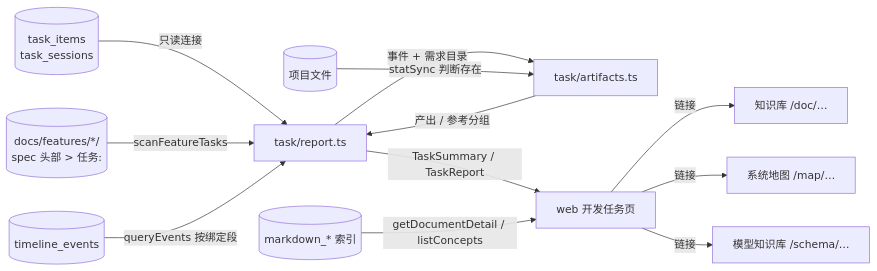
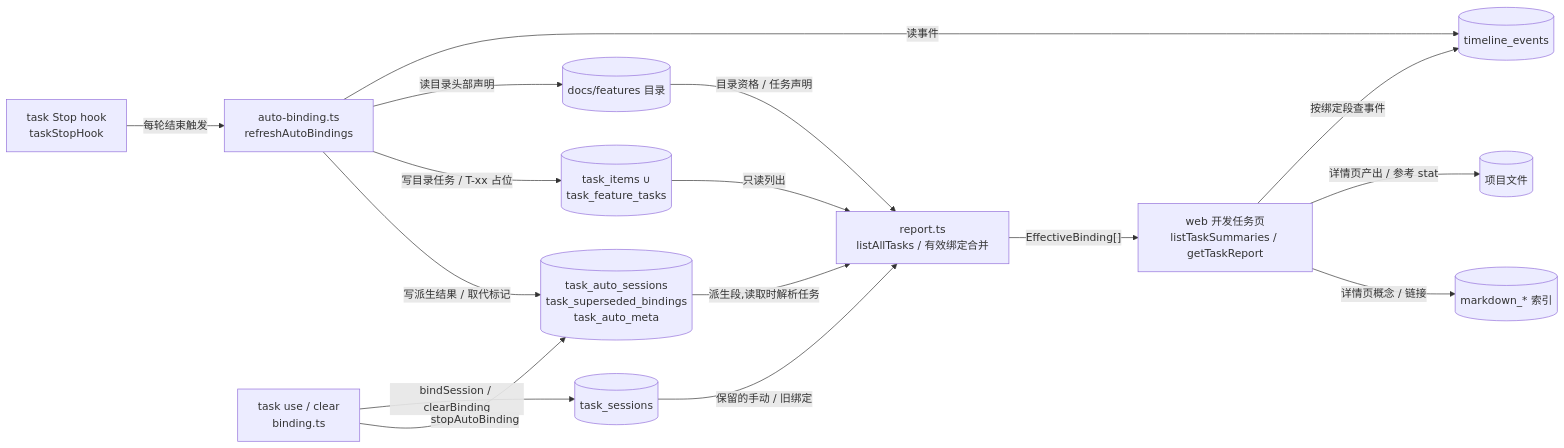
Before and after one commit to smdnkB/cgraphx: the third of 3 diagrams in docs/code-map/flows/开发任务浏览.md, drawn with Mermaid. The commit also changed other lines of this file and 8 other files, not shown here.

First line of the commit message:
docs: 更新任务知识库与代码地图——任务自动关联落地后的现状

````diff
--- a/docs/code-map/flows/开发任务浏览.md
+++ b/docs/code-map/flows/开发任务浏览.md
@@ -93,14 +162,19 @@
 ```mermaid
 flowchart LR
-  items[(task_items<br/>task_sessions)] -- 只读连接 --> report[task/report.ts]
-  specs[(docs/features/*/<br/>spec 头部 > 任务:)] -- scanFeatureTasks --> report
-  ev[(timeline_events)] -- queryEvents 按绑定段 --> report
-  report -- 事件 + 需求目录 --> art[task/artifacts.ts]
-  files[(项目文件)] -- statSync 判断存在 --> art
-  art -- 产出 / 参考分组 --> report
-  report -- TaskSummary / TaskReport --> page[web 开发任务页]
-  kdb[(markdown_* 索引)] -- getDocumentDetail / listConcepts --> page
-  page -- 链接 --> kb[知识库 /doc/…]
-  page -- 链接 --> map[系统地图 /map/…]
-  page -- 链接 --> schema[模型知识库 /schema/…]
+  stop[task Stop hook<br/>taskStopHook] -- 每轮结束触发 --> refresh[auto-binding.ts<br/>refreshAutoBindings]
+  refresh -- 读事件 --> ev[(timeline_events)]
+  refresh -- 读目录头部声明 --> specs[(docs/features 目录)]
+  refresh -- 写目录任务 / T-xx 占位 --> tasks[(task_items ∪<br/>task_feature_tasks)]
+  refresh -- 写派生结果 / 取代标记 --> auto[(task_auto_sessions<br/>task_superseded_bindings<br/>task_auto_meta)]
+  cli[task use / clear<br/>binding.ts] -- bindSession / clearBinding --> sess[(task_sessions)]
+  cli -- stopAutoBinding --> auto
+
+  tasks -- 只读列出 --> merge[report.ts<br/>listAllTasks / 有效绑定合并]
+  sess -- 保留的手动 / 旧绑定 --> merge
+  auto -- 派生段,读取时解析任务 --> merge
+  specs -- 目录资格 / 任务声明 --> merge
+  merge -- EffectiveBinding[] --> web[web 开发任务页<br/>listTaskSummaries / getTaskReport]
+  web -- 按绑定段查事件 --> ev
+  web -- 详情页产出 / 参考 stat --> files[(项目文件)]
+  web -- 详情页概念 / 链接 --> md[(markdown_* 索引)]
 ```
````
